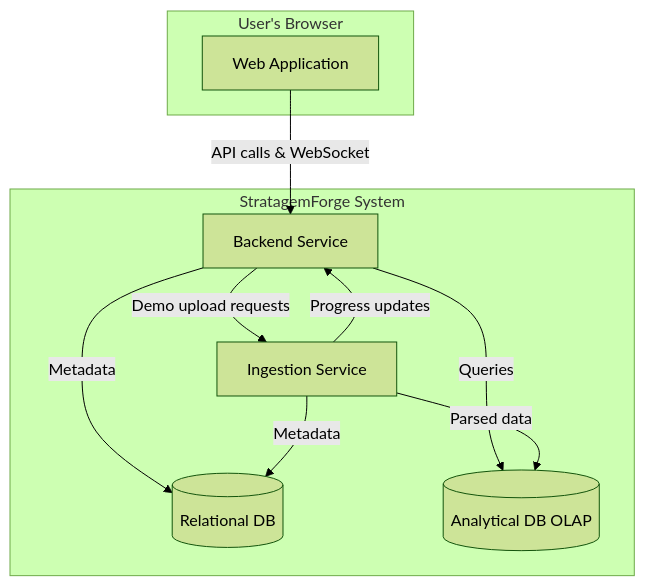
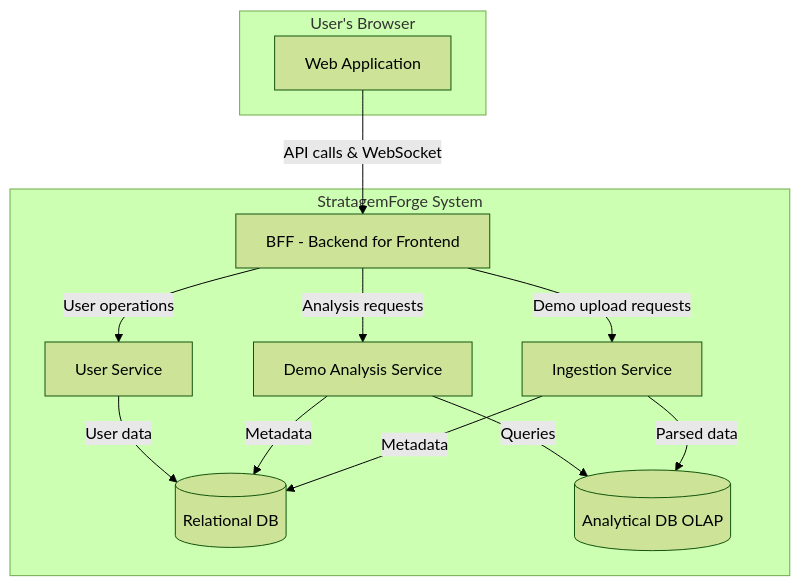
The second of 3 diagrams in Requirements/ARCHITECTURE.md (mwridgway/StratagemForge), drawn with Mermaid (forest theme) before and after one commit. The commit also changed other lines of this file, not shown here.

Commit message:
refactor: Update architecture documentation to clarify system components and interactions

````diff
--- a/Requirements/ARCHITECTURE.md
+++ b/Requirements/ARCHITECTURE.md
@@ -34,23 +34,27 @@
 ```mermaid
 graph TD
     subgraph "User's Browser"
         A[Web Application]
     end
 
     subgraph "StratagemForge System"
-        B[Backend Service]
-        C[Ingestion Service]
-        D[(Relational DB)]
-        E[(Analytical DB OLAP)]
+        B[BFF - Backend for Frontend]
+        C[User Service]
+        D[Demo Analysis Service]
+        E[Ingestion Service]
+        F[(Relational DB)]
+        G[(Analytical DB OLAP)]
     end
 
     A -->|API calls & WebSocket| B
     
-    B -->|Demo upload requests| C
-    B -->|Metadata| D
-    B -->|Queries| E
-
-    C -->|Parsed data| E
-    C -->|Metadata| D
-    C -->|Progress updates| B
+    B -->|User operations| C
+    B -->|Analysis requests| D
+    B -->|Demo upload requests| E
+    
+    C -->|User data| F
+    D -->|Queries| G
+    D -->|Metadata| F
+    E -->|Parsed data| G
+    E -->|Metadata| F
 ```
````
